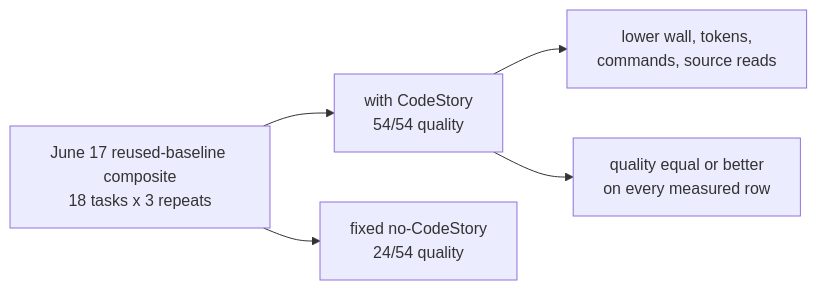
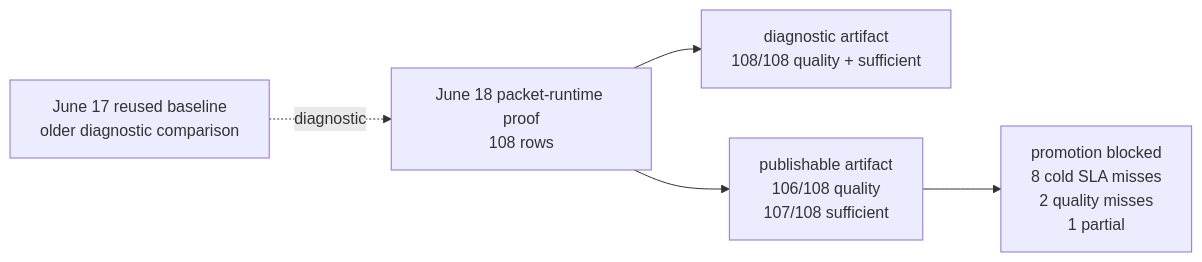
The diagram in docs/testing/benchmark-ledger.md (TheGreenCedar/CodeStory), drawn with Mermaid before and after one commit. The commit also changed other lines of this file and 12 other files, not shown here.

Commit message:
Update packet-runtime promotion docs

````diff
--- a/docs/testing/benchmark-ledger.md
+++ b/docs/testing/benchmark-ledger.md
@@ -33,12 +33,12 @@
 ```mermaid
 flowchart LR
-    run["June 17 reused-baseline composite<br/>18 tasks x 3 repeats"]
-    cs["with CodeStory<br/>54/54 quality"]
-    base["fixed no-CodeStory<br/>24/54 quality"]
-    ops["lower wall, tokens,<br/>commands, source reads"]
-    quality["quality equal or better<br/>on every measured row"]
-    run --> cs
-    run --> base
-    cs --> ops
-    cs --> quality
+    run["June 18 packet-runtime proof<br/>108 rows"]
+    diag["diagnostic artifact<br/>108/108 quality + sufficient"]
+    pub["publishable artifact<br/>106/108 quality<br/>107/108 sufficient"]
+    block["promotion blocked<br/>8 cold SLA misses<br/>2 quality misses<br/>1 partial"]
+    old["June 17 reused baseline<br/>older diagnostic comparison"]
+    run --> diag
+    run --> pub
+    pub --> block
+    old -. diagnostic .-> run
 ```
````
